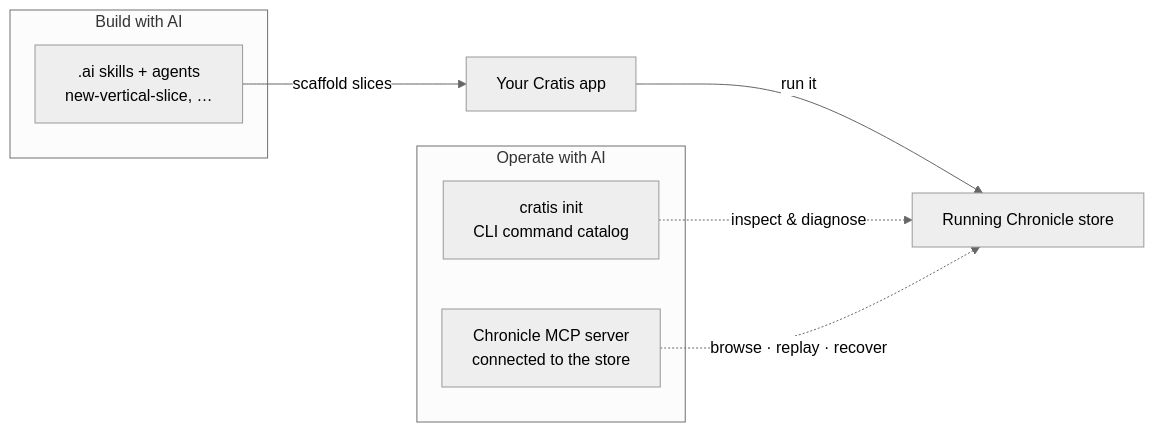
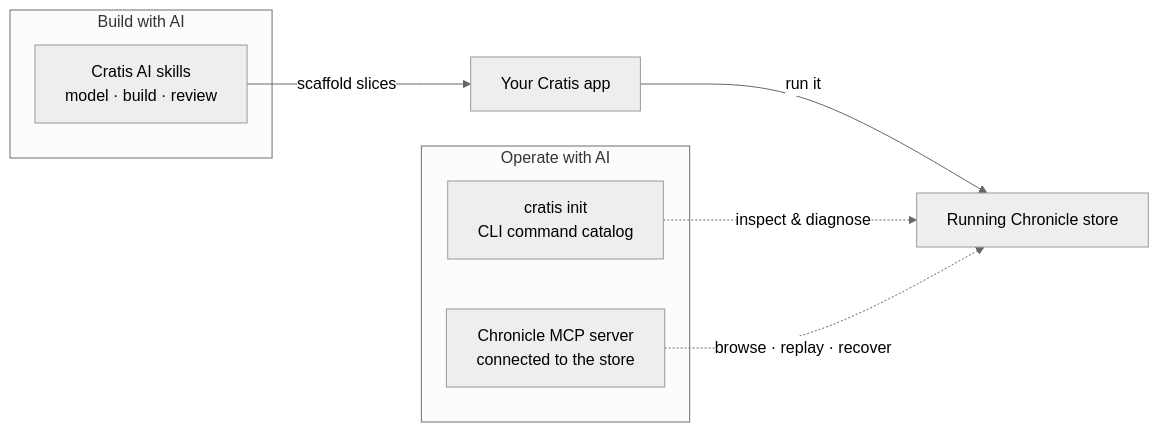
Before and after one commit to Cratis/Documentation: the diagram in web/src/content/docs/ai.mdx, drawn with Mermaid (neutral theme). The commit also changed other lines of this file and 6 other files, not shown here.

````diff
--- a/web/src/content/docs/ai.mdx
+++ b/web/src/content/docs/ai.mdx
@@ -86,14 +99,14 @@
 ```mermaid
 flowchart LR
     subgraph Build["Build with AI"]
-        SK[".ai skills + agents<br/>new-vertical-slice, …"]
+        SK["Cratis AI skills<br/>model · build · review"]
     end
     subgraph Operate["Operate with AI"]
         IN["cratis init<br/>CLI command catalog"]
         MCP["Chronicle MCP server<br/>connected to the store"]
     end
     SK -->|scaffold slices| APP["Your Cratis app"]
     APP -->|run it| OP["Running Chronicle store"]
     IN -.->|inspect & diagnose| OP
     MCP -.->|browse · replay · recover| OP
 ```
````
